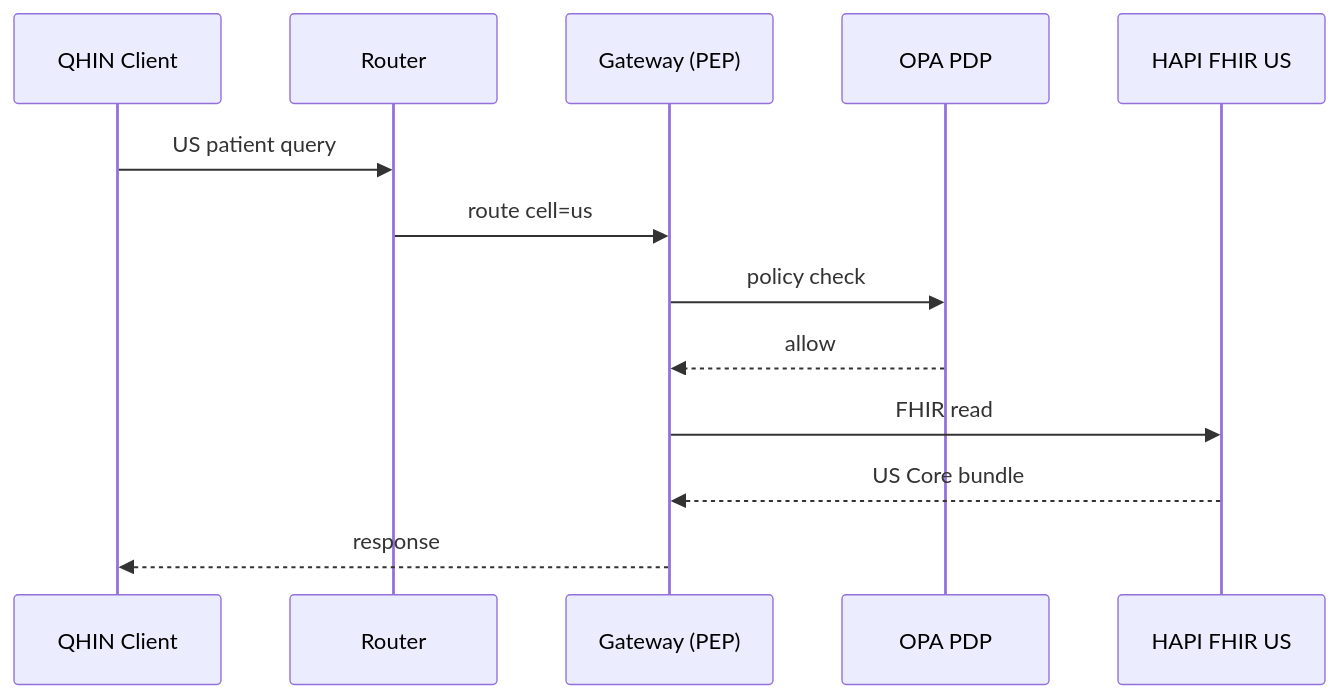
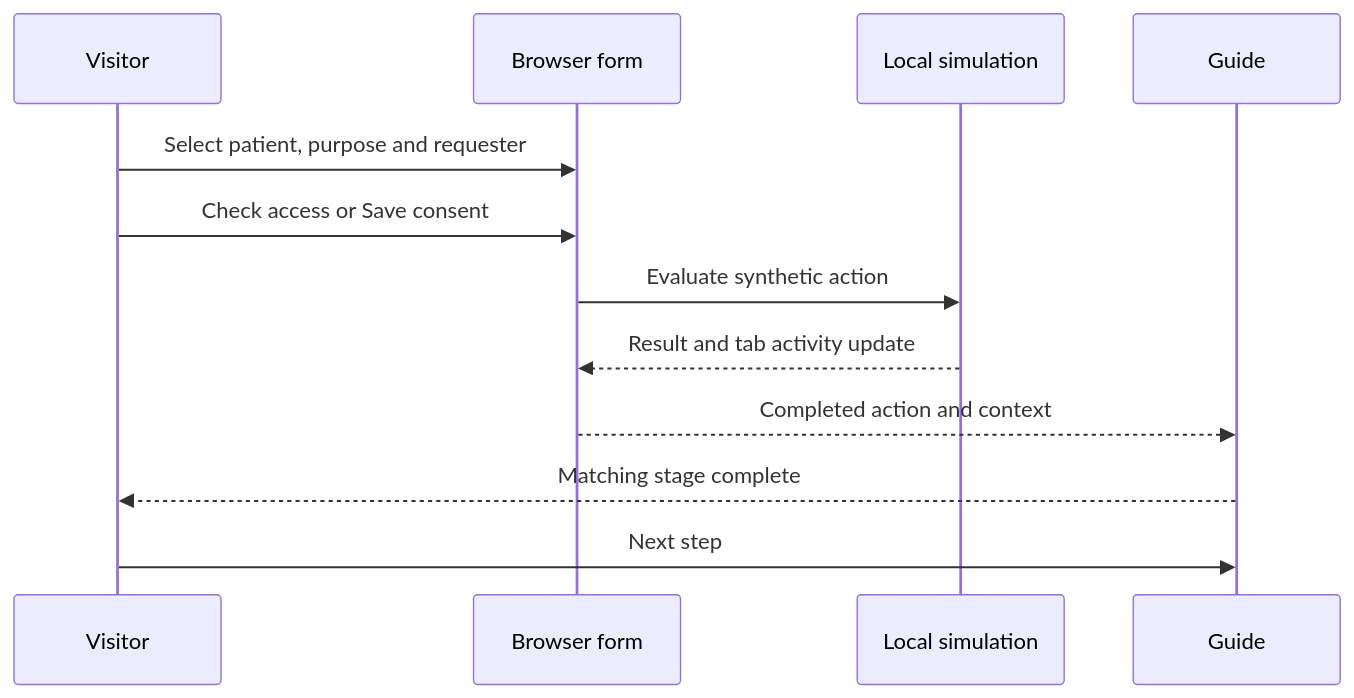
The first of 2 diagrams in docs/architecture/data-flows.md (SafetyMP/Healthcare-Data-Exchange), drawn with Mermaid before and after one commit. The commit also changed other lines of this file and 61 other files, not shown here.

````diff
--- a/docs/architecture/data-flows.md
+++ b/docs/architecture/data-flows.md
@@ -68,16 +37,14 @@
 ```mermaid
 sequenceDiagram
-  participant Q as QHIN Client
-  participant R as Router
-  participant G as Gateway (PEP)
-  participant O as OPA PDP
-  participant F as HAPI FHIR US
-
-  Q->>R: US patient query
-  R->>G: route cell=us
-  G->>O: policy check
-  O-->>G: allow
-  G->>F: FHIR read
-  F-->>G: US Core bundle
-  G-->>Q: response
+  participant V as Visitor
+  participant F as Browser form
+  participant S as Local simulation
+  participant G as Guide
+  V->>F: Select patient, purpose and requester
+  V->>F: Check access or Save consent
+  F->>S: Evaluate synthetic action
+  S-->>F: Result and tab activity update
+  F-->>G: Completed action and context
+  G-->>V: Matching stage complete
+  V->>G: Next step
 ```
````
